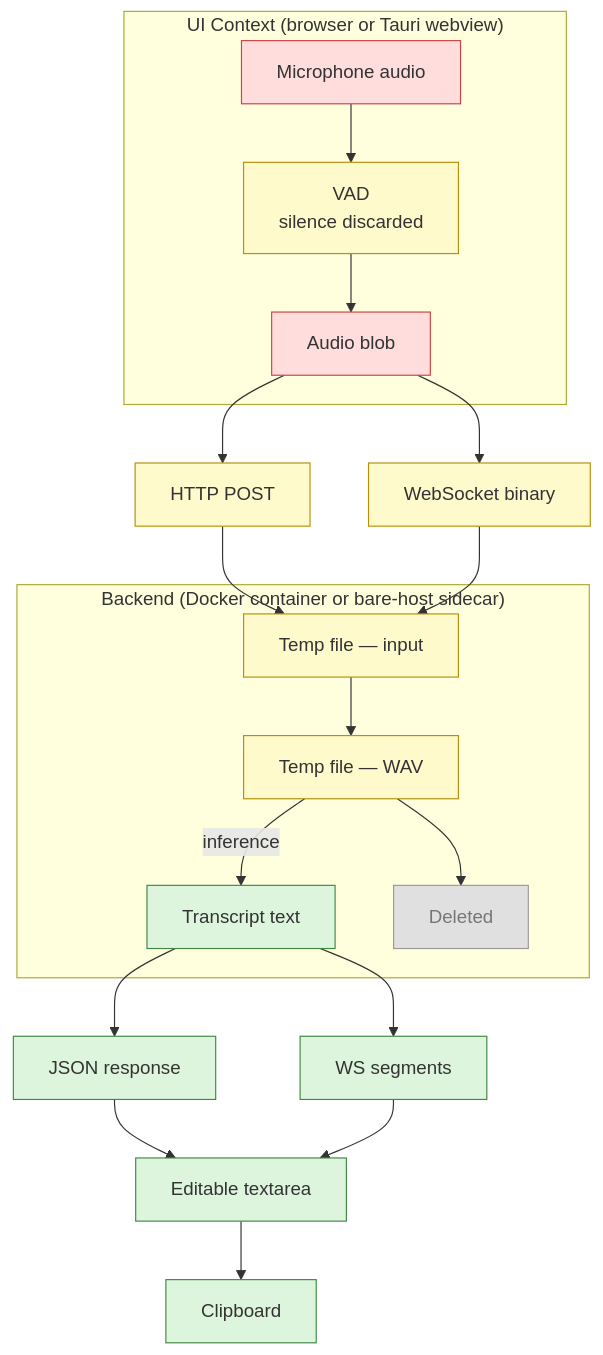
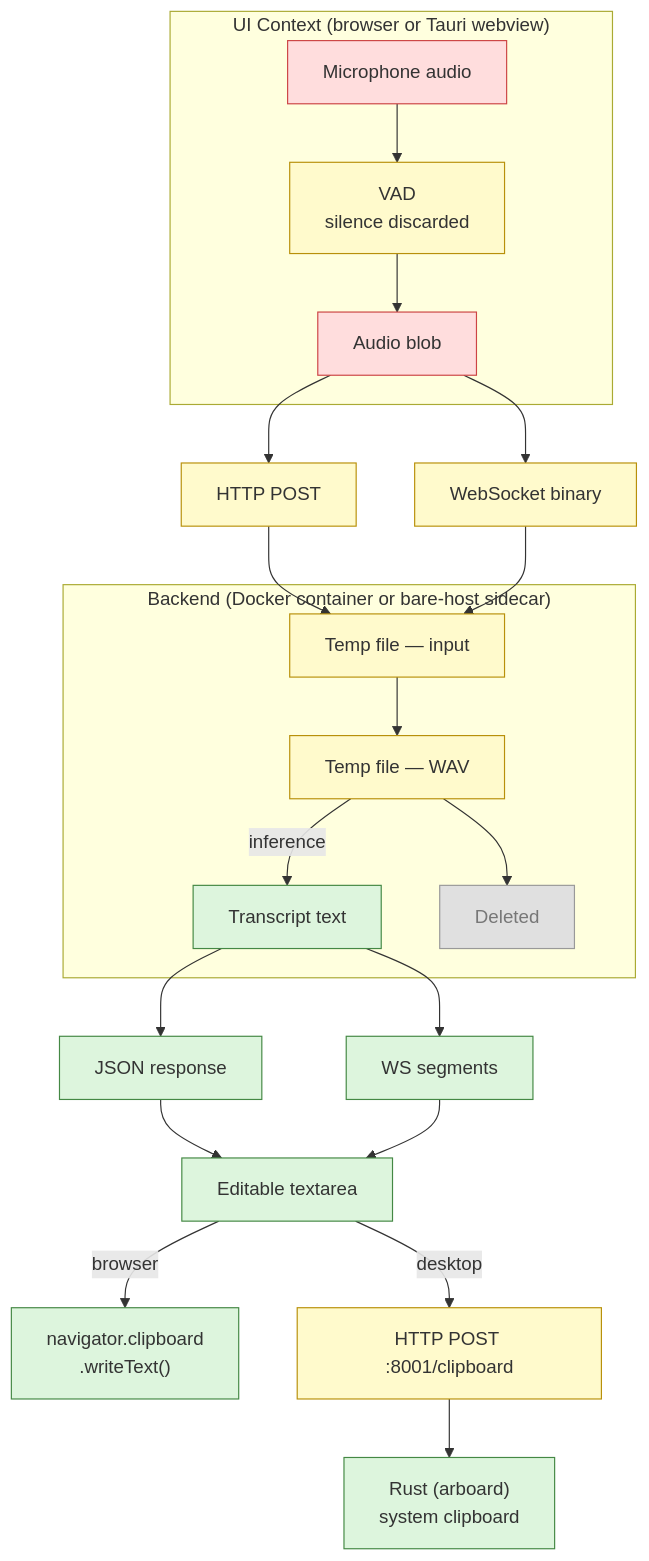
The diagram in docs/diagrams/privacy-data-flow.mmd (JohnYanez95/voice-scribe), drawn with Mermaid before and after one commit. The commit also changed 4 other files, not shown here.

```diff
--- a/docs/diagrams/privacy-data-flow.mmd
+++ b/docs/diagrams/privacy-data-flow.mmd
@@ -1,41 +1,43 @@
 flowchart TD
     subgraph ui ["UI Context (browser or Tauri webview)"]
         mic["Microphone audio"]
         vad["VAD<br/>silence discarded"]
         blob["Audio blob"]
         mic --> vad --> blob
     end
 
     blob --> http["HTTP POST"]
     blob --> wsIn["WebSocket binary"]
 
     subgraph backend ["Backend (Docker container or bare-host sidecar)"]
         tmp1["Temp file — input"]
         tmp2["Temp file — WAV"]
         txt["Transcript text"]
         del["Deleted"]
         tmp1 --> tmp2
         tmp2 -- inference --> txt
         tmp2 --> del
     end
 
     http --> tmp1
     wsIn --> tmp1
 
     txt --> resp["JSON response"]
     txt --> wsOut["WS segments"]
 
     resp --> area["Editable textarea"]
     wsOut --> area
 
-    area --> clip["Clipboard"]
+    area -- "browser" --> browserClip["navigator.clipboard<br/>.writeText()"]
+    area -- "desktop" --> httpPost["HTTP POST :8001/clipboard"]
+    httpPost --> rustClip["Rust (arboard)<br/>system clipboard"]
 
     classDef sensitive fill:#ffdddd,stroke:#cc4444
     classDef ephemeral fill:#fffacc,stroke:#b8900a
     classDef output fill:#ddf5dd,stroke:#448844
     classDef deleted fill:#e0e0e0,stroke:#999999,color:#777777
 
     class mic,blob sensitive
-    class vad,http,wsIn,tmp1,tmp2 ephemeral
-    class txt,resp,wsOut,area,clip output
+    class vad,http,wsIn,tmp1,tmp2,httpPost ephemeral
+    class txt,resp,wsOut,area,browserClip,rustClip output
     class del deleted
```
